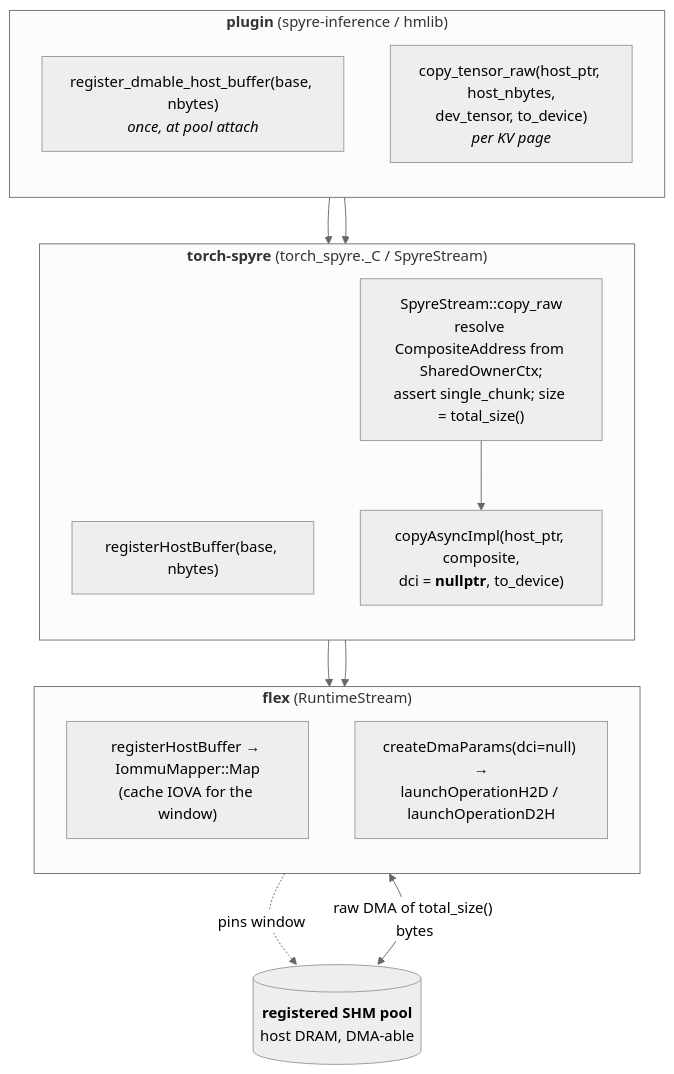
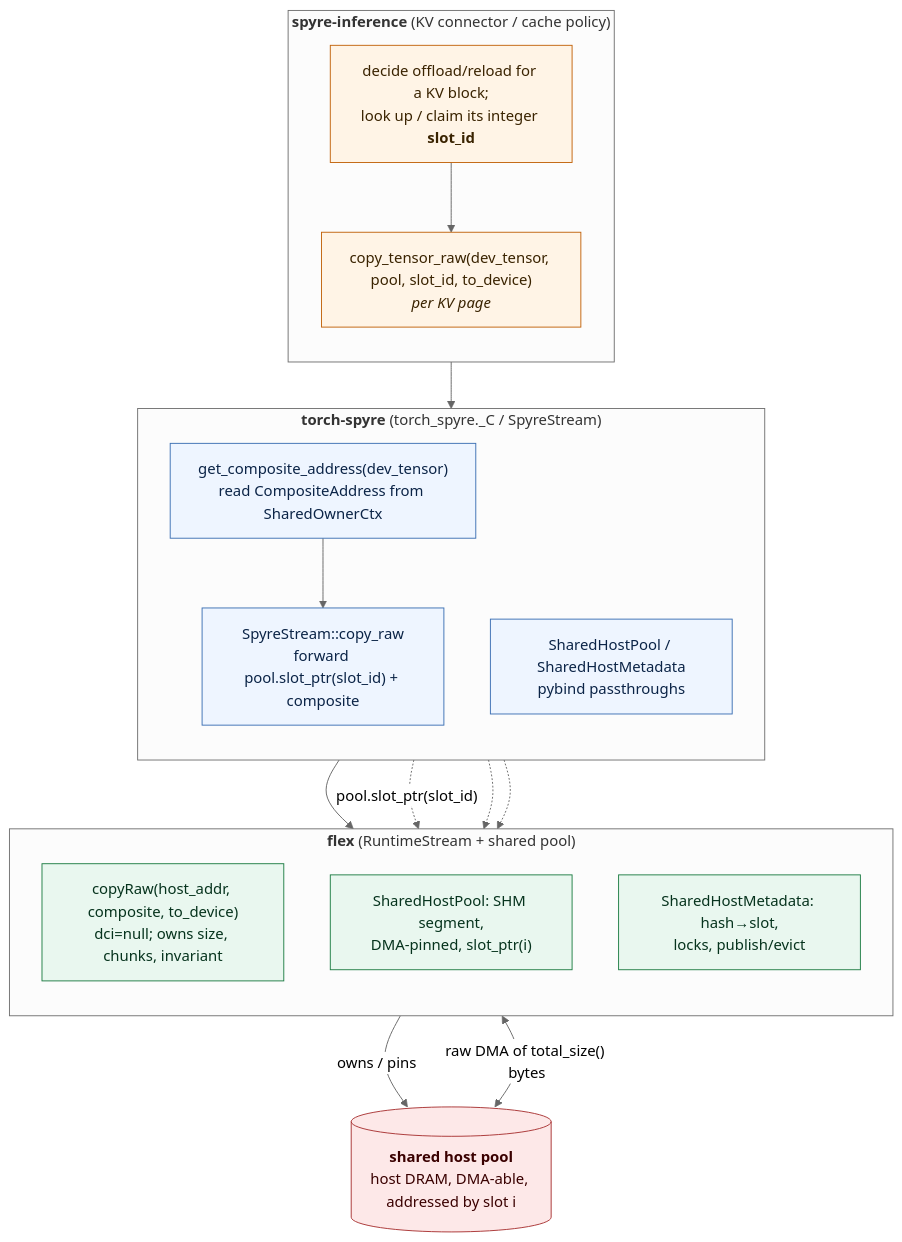
Before and after one commit to wangchen615/torch-spyre: the diagram in docs/source/architecture/raw_copy_kv_offload.md, drawn with Mermaid. The commit also changed other lines of this file and 4 other files, not shown here.

First line of the commit message:
docs(architecture): align KV-offload surface with flex Shared Host KV Pool RFC v3

````diff
--- a/docs/source/architecture/raw_copy_kv_offload.md
+++ b/docs/source/architecture/raw_copy_kv_offload.md
@@ -45,27 +50,41 @@
 ```mermaid
 %%{ init: { "flowchart": { "htmlLabels": true, "curve": "basis" }, "theme": "neutral" } }%%
 flowchart TB
-    subgraph plugin["<b>plugin</b> (spyre-inference / hmlib)"]
+    subgraph conn["<b>spyre-inference</b> (KV connector / cache policy)"]
         direction TB
-        REG["register_dmable_host_buffer(base, nbytes)<br/><i>once, at pool attach</i>"]
-        CP["copy_tensor_raw(host_ptr, host_nbytes,<br/>dev_tensor, to_device)<br/><i>per KV page</i>"]
+        POLICY["decide offload/reload for a KV block;<br/>look up / claim its integer <b>slot_id</b>"]
+        CP["copy_tensor_raw(dev_tensor, pool, slot_id, to_device)<br/><i>per KV page</i>"]
+        POLICY --> CP
     end
     subgraph ts["<b>torch-spyre</b> (torch_spyre._C / SpyreStream)"]
         direction TB
-        RH["registerHostBuffer(base, nbytes)"]
-        CR["SpyreStream::copy_raw<br/>resolve CompositeAddress from SharedOwnerCtx;<br/>assert single_chunk; size = total_size()"]
-        CAI["copyAsyncImpl(host_ptr, composite,<br/>dci = <b>nullptr</b>, to_device)"]
-        CR --> CAI
+        GCA["get_composite_address(dev_tensor)<br/>read CompositeAddress from SharedOwnerCtx"]
+        CR["SpyreStream::copy_raw<br/>forward pool.slot_ptr(slot_id) + composite"]
+        WRAP["SharedHostPool / SharedHostMetadata<br/>pybind passthroughs"]
+        GCA --> CR
     end
-    subgraph flex["<b>flex</b> (RuntimeStream)"]
+    subgraph flex["<b>flex</b> (RuntimeStream + shared pool)"]
         direction TB
-        REGF["registerHostBuffer → IommuMapper::Map<br/>(cache IOVA for the window)"]
-        DMA["createDmaParams(dci=null) →<br/>launchOperationH2D / launchOperationD2H"]
+        COPYRAW["copyRaw(host_addr, composite, to_device)<br/>dci=null; owns size, chunks, invariant"]
+        POOLOBJ["SharedHostPool: SHM segment,<br/>DMA-pinned, slot_ptr(i)"]
+        META["SharedHostMetadata: hash&rarr;slot,<br/>locks, publish/evict"]
     end
-    POOL[("<b>registered SHM pool</b><br/>host DRAM, DMA-able")]
-    REG --> RH --> REGF
+    POOL[("<b>shared host pool</b><br/>host DRAM, DMA-able, addressed by slot i")]
+
     CP --> CR
-    CAI --> DMA
-    REGF -.->|"pins window"| POOL
-    DMA <-->|"raw DMA of total_size() bytes"| POOL
+    CR --> COPYRAW
+    CR -.->|"pool.slot_ptr(slot_id)"| POOLOBJ
+    WRAP -.-> POOLOBJ
+    WRAP -.-> META
+    POOLOBJ -->|"owns / pins"| POOL
+    COPYRAW <-->|"raw DMA of total_size() bytes"| POOL
+
+    classDef conn fill:#fff4e6,stroke:#c1620a,color:#3a2300
+    classDef tsp  fill:#eef5ff,stroke:#3b6fb3,color:#0b2447
+    classDef flx  fill:#e9f7ef,stroke:#1e7d44,color:#06331d
+    classDef mem  fill:#fde8e8,stroke:#a83232,color:#3a0000
+    class POLICY,CP conn
+    class GCA,CR,WRAP tsp
+    class COPYRAW,POOLOBJ,META flx
+    class POOL mem
 ```
````
